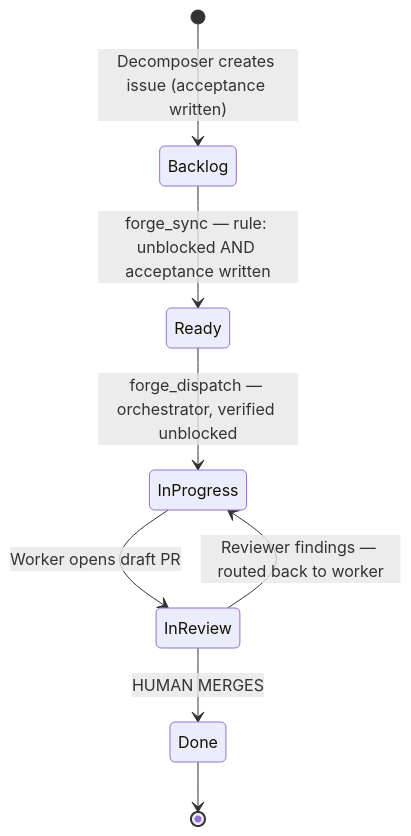
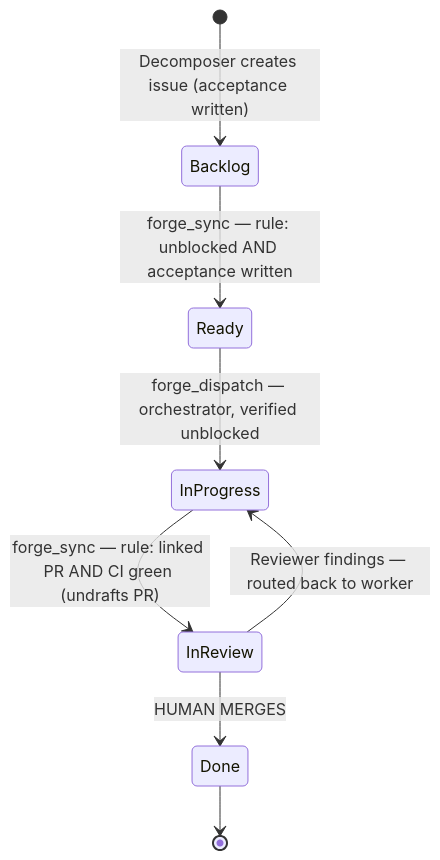
The second of 4 diagrams in plugins/forge/docs/sdlc.md (mjaric/omp-plugins), drawn with Mermaid before and after one commit. The commit also changed other lines of this file and 8 other files, not shown here.

First line of the commit message:
Forge sync: move green-CI In progress issues to In review, undraft PR

````diff
--- a/plugins/forge/docs/sdlc.md
+++ b/plugins/forge/docs/sdlc.md
@@ -85,10 +94,10 @@
 ```mermaid
 stateDiagram-v2
   [*] --> Backlog: Decomposer creates issue (acceptance written)
   Backlog --> Ready: forge_sync — rule: unblocked AND acceptance written
   Ready --> InProgress: forge_dispatch — orchestrator, verified unblocked
-  InProgress --> InReview: Worker opens draft PR
+  InProgress --> InReview: forge_sync — rule: linked PR AND CI green (undrafts PR)
   InReview --> InProgress: Reviewer findings — routed back to worker
   InReview --> Done: HUMAN MERGES
   Done --> [*]
 ```
````
